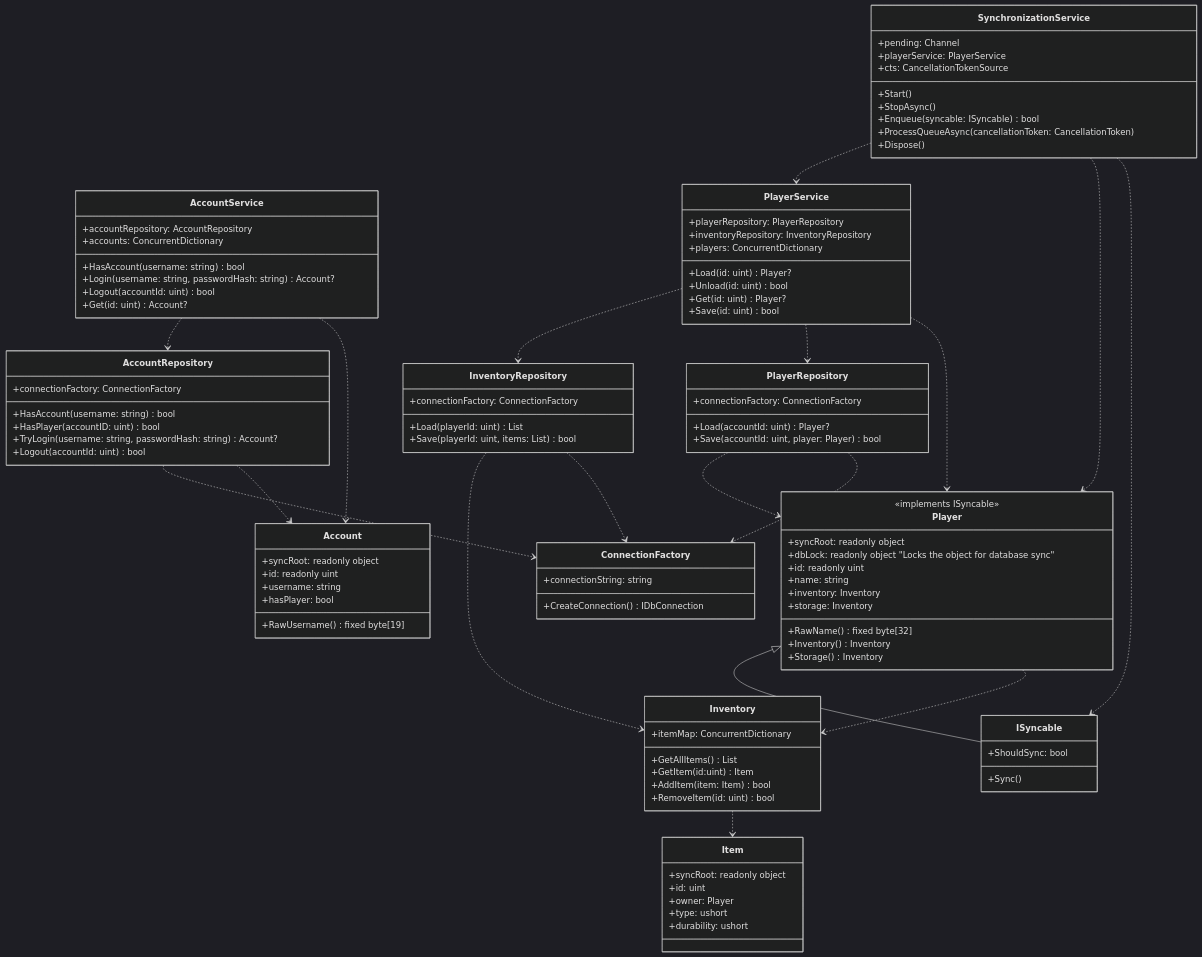
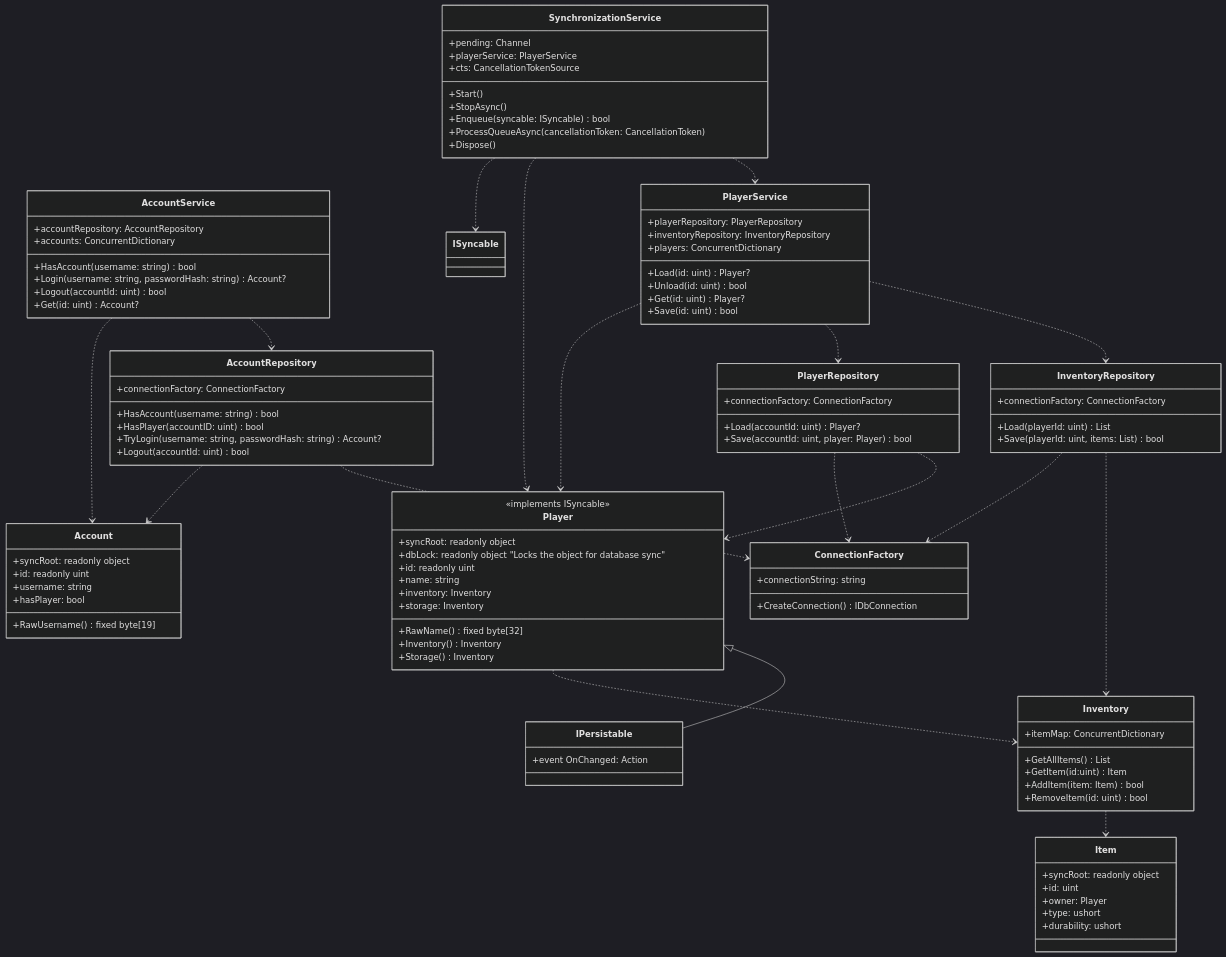
The diagram in docs/LLMPrompt.md (tompatato/fotd-server), drawn with Mermaid (dark theme) before and after one commit. The commit also changed other lines of this file and 103 other files, not shown here.

````diff
--- a/docs/LLMPrompt.md
+++ b/docs/LLMPrompt.md
@@ -57,13 +98,12 @@
 ```mermaid
 classDiagram
-	class ISyncable {
-		+ShouldSync: bool
-		+Sync()
+	class IPersistable {
+		+event OnChanged: Action
 	}
 
 	Player ..> Inventory
 	Inventory ..> Item
-	Player <|-- ISyncable
+	Player <|-- IPersistable
 	class Account {
 		+syncRoot: readonly object
 		+id: readonly uint
````
